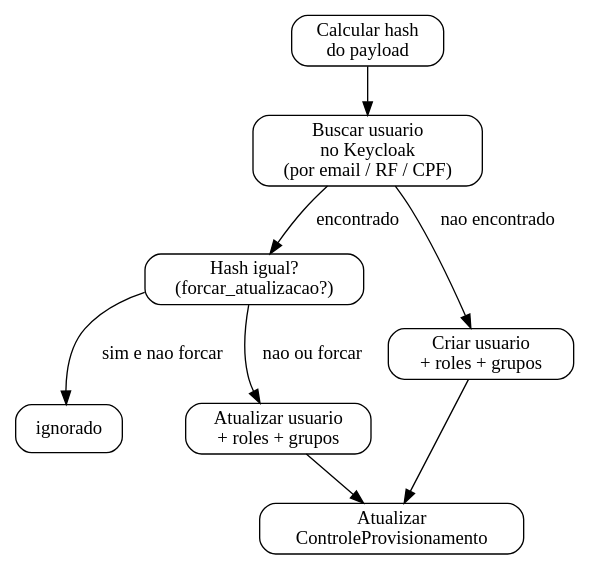
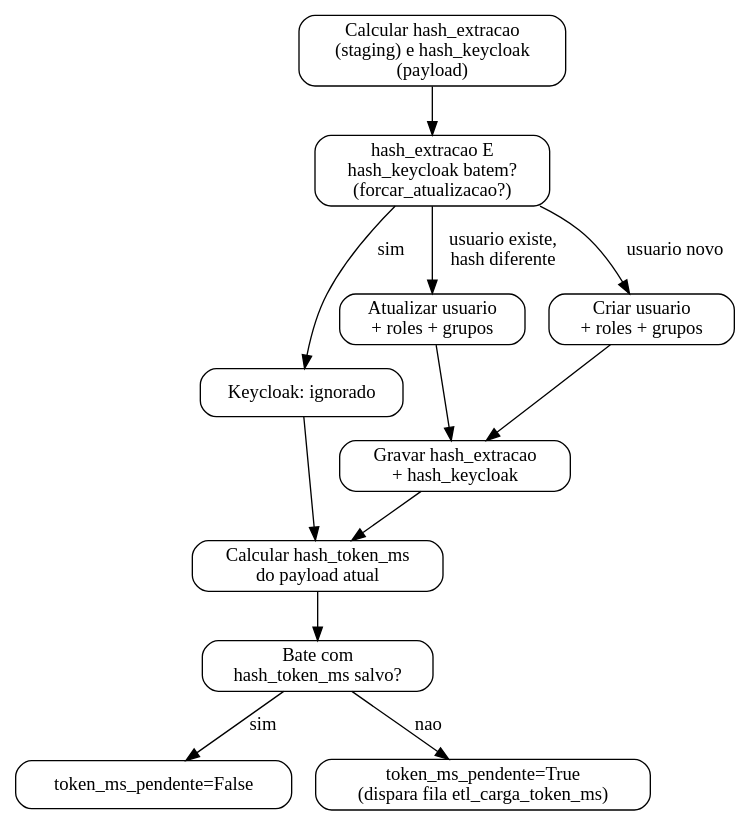
The first of 2 diagrams in docs/pipeline/keycloak.md (prefeiturasp/SME-Identidade-ETL), drawn with Graphviz before and after one commit. The commit also changed other lines of this file and 18 other files, not shown here.

````diff
--- a/docs/pipeline/keycloak.md
+++ b/docs/pipeline/keycloak.md
@@ -61,22 +76,29 @@
 ```{graphviz}
 digraph G {
     rankdir=TB;
     node [shape=box, style="rounded"];
 
-    HASH  [label="Calcular hash\ndo payload"];
-    BUSCA [label="Buscar usuario\nno Keycloak\n(por email / RF / CPF)"];
-    EQ    [label="Hash igual?\n(forcar_atualizacao?)"];
-    IGN   [label="ignorado"];
-    UPD   [label="Atualizar usuario\n+ roles + grupos"];
-    CRT   [label="Criar usuario\n+ roles + grupos"];
-    CTL   [label="Atualizar\nControleProvisionamento"];
+    HASHEXT [label="Calcular hash_extracao\n(staging) e hash_keycloak\n(payload)"];
+    BUSCA   [label="hash_extracao E\nhash_keycloak batem?\n(forcar_atualizacao?)"];
+    IGN     [label="Keycloak: ignorado"];
+    UPD     [label="Atualizar usuario\n+ roles + grupos"];
+    CRT     [label="Criar usuario\n+ roles + grupos"];
+    CTL     [label="Gravar hash_extracao\n+ hash_keycloak"];
+    TOKENHASH [label="Calcular hash_token_ms\ndo payload atual"];
+    TOKENCMP  [label="Bate com\nhash_token_ms salvo?"];
+    TOKENSKIP [label="token_ms_pendente=False"];
+    TOKENFIRE [label="token_ms_pendente=True\n(dispara fila etl_carga_token_ms)"];
 
-    HASH -> BUSCA;
-    BUSCA -> EQ   [label="encontrado"];
-    BUSCA -> CRT  [label="nao encontrado"];
-    EQ    -> IGN  [label="sim e nao forcar"];
-    EQ    -> UPD  [label="nao ou forcar"];
+    HASHEXT -> BUSCA;
+    BUSCA -> IGN  [label="sim"];
+    BUSCA -> CRT  [label="usuario novo"];
+    BUSCA -> UPD  [label="usuario existe,\nhash diferente"];
     UPD   -> CTL;
     CRT   -> CTL;
+    CTL   -> TOKENHASH;
+    IGN   -> TOKENHASH;
+    TOKENHASH -> TOKENCMP;
+    TOKENCMP  -> TOKENSKIP [label="sim"];
+    TOKENCMP  -> TOKENFIRE [label="nao"];
 }
 ```
````
